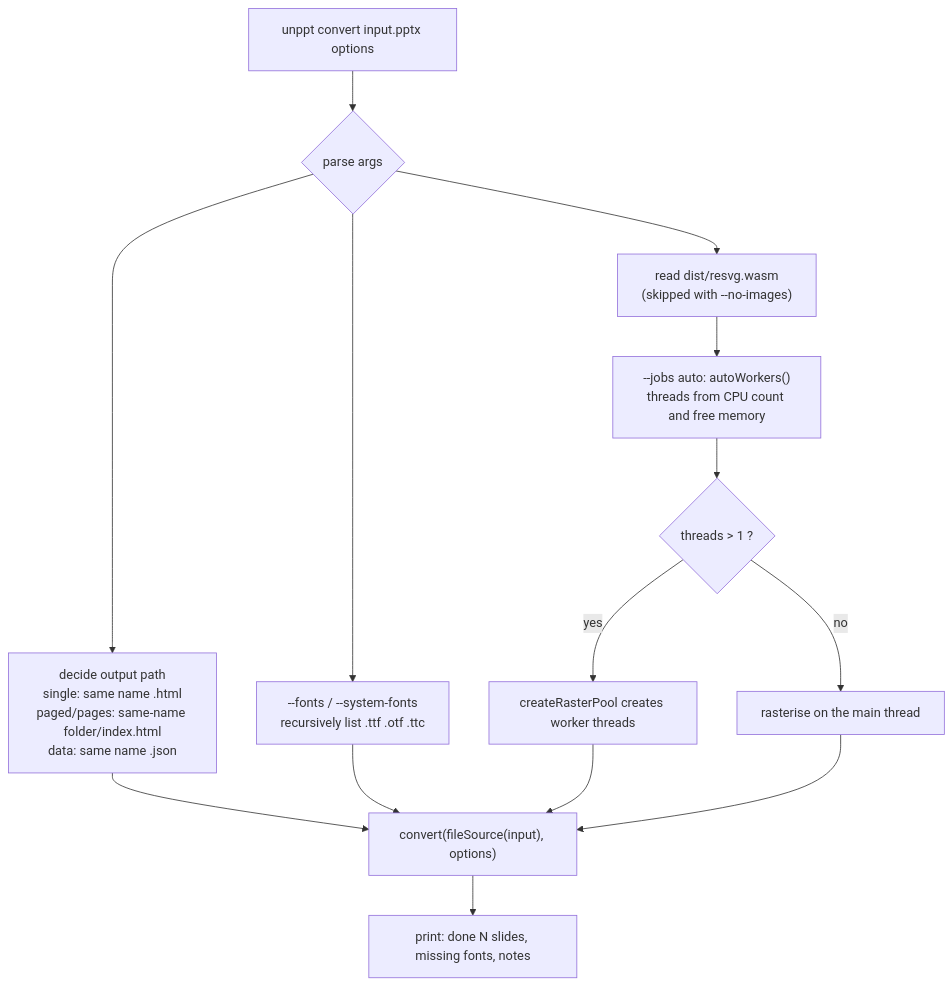
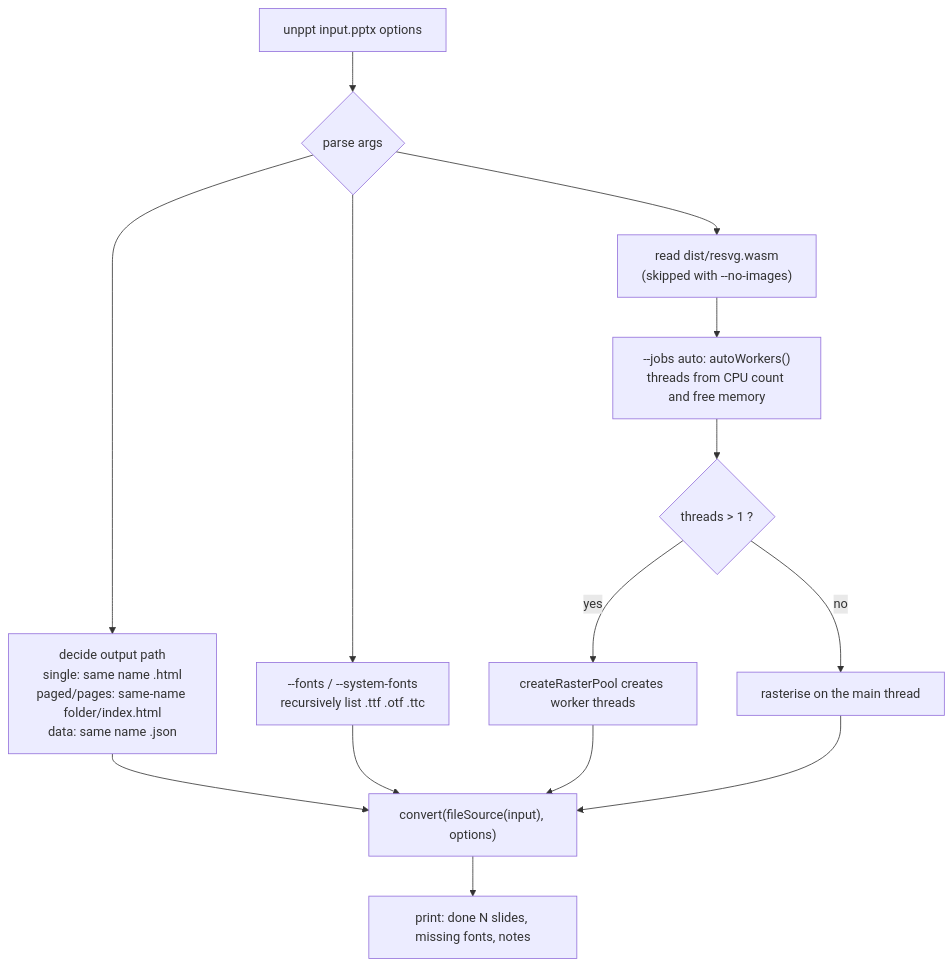
Before and after one commit to spitmaster/unppt: the fourth of 22 diagrams in docs/en/transcoding.md, drawn with Mermaid. The commit also changed other lines of this file and 24 other files, not shown here.

First line of the commit message:
release: 0.2.0 命令行简化为 unppt <文件.pptx>

````diff
--- a/docs/en/transcoding.md
+++ b/docs/en/transcoding.md
@@ -211,13 +211,13 @@
 ```mermaid
 flowchart TD
-  A["unppt convert input.pptx options"] --> B{"parse args"}
+  A["unppt input.pptx options"] --> B{"parse args"}
   B --> C["decide output path<br/>single: same name .html<br/>paged/pages: same-name folder/index.html<br/>data: same name .json"]
   B --> D["--fonts / --system-fonts<br/>recursively list .ttf .otf .ttc"]
   B --> E["read dist/resvg.wasm<br/>(skipped with --no-images)"]
   E --> F["--jobs auto: autoWorkers()<br/>threads from CPU count and free memory"]
   F --> G{"threads > 1 ?"}
   G -->|yes| H["createRasterPool creates worker threads"]
   G -->|no| I["rasterise on the main thread"]
   C & D & H & I --> J["convert(fileSource(input), options)"]
   J --> K["print: done N slides, missing fonts, notes"]
 ```
````
